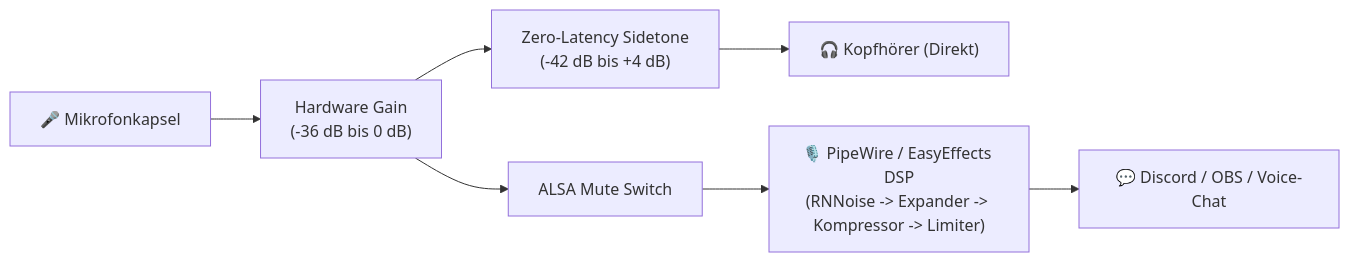
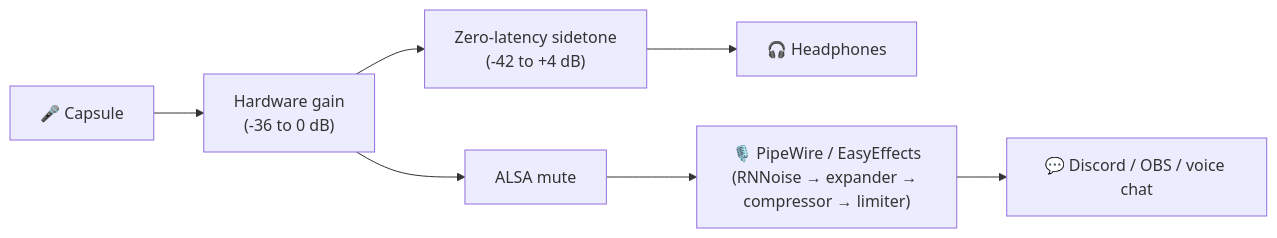
Before and after one commit to ST1CKEL/HS80_Control: the second of 3 diagrams in README.md, drawn with Mermaid. The commit also changed other lines of this file and 8 other files, not shown here.

````diff
--- a/README.md
+++ b/README.md
@@ -476,9 +312,9 @@
 ```mermaid
 flowchart LR
-    MicCapsule["🎤 Mikrofonkapsel"] --> HWMic["Hardware Gain\n(-36 dB bis 0 dB)"]
-    HWMic --> ALSAMute["ALSA Mute Switch"]
-    HWMic --> Sidetone["Zero-Latency Sidetone\n(-42 dB bis +4 dB)"]
-    Sidetone --> Headphone["🎧 Kopfhörer (Direkt)"]
-    ALSAMute --> EasyEffects["🎙️ PipeWire / EasyEffects DSP\n(RNNoise -> Expander -> Kompressor -> Limiter)"]
-    EasyEffects --> Apps["💬 Discord / OBS / Voice-Chat"]
+    Capsule["🎤 Capsule"] --> Gain["Hardware gain\n(-36 to 0 dB)"]
+    Gain --> Mute["ALSA mute"]
+    Gain --> Sidetone["Zero-latency sidetone\n(-42 to +4 dB)"]
+    Sidetone --> Ears["🎧 Headphones"]
+    Mute --> EasyEffects["🎙️ PipeWire / EasyEffects\n(RNNoise → expander → compressor → limiter)"]
+    EasyEffects --> Apps["💬 Discord / OBS / voice chat"]
 ```
````
